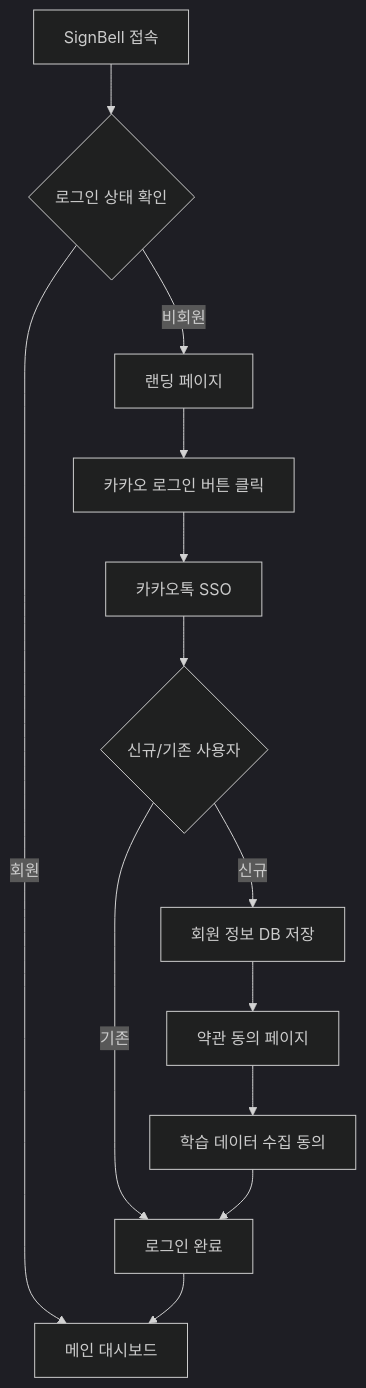
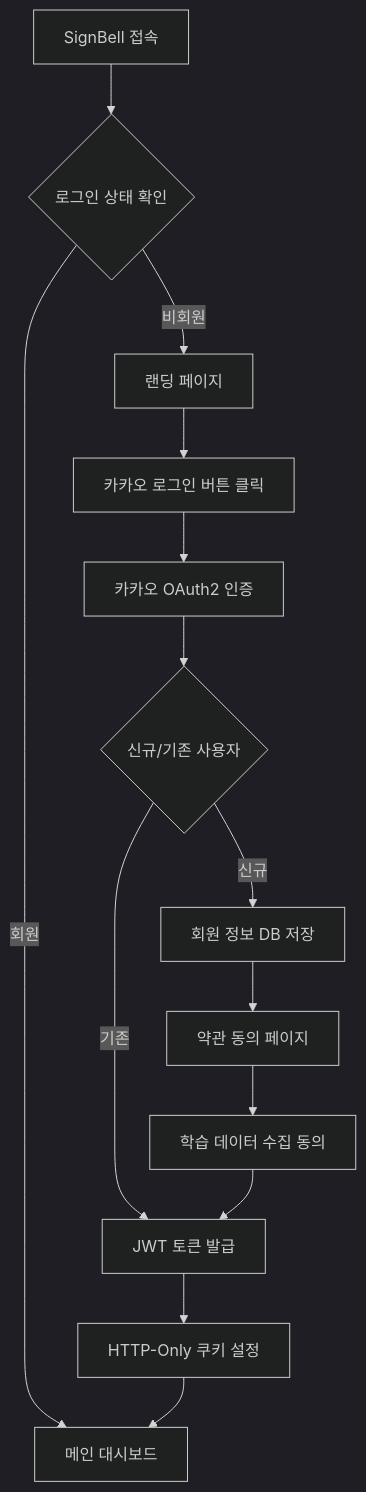
One commit to SynergySign/SignBell-Docs changed the first of 4 diagrams in 01_Planning/SignBell_사용자 흐름도 명세서.md. Above: the diagram before and after it, drawn with Mermaid (dark theme). The commit also changed other lines of this file and 5 other files, not shown here.

````diff
--- a/01_Planning/SignBell_사용자 흐름도 명세서.md
+++ b/01_Planning/SignBell_사용자 흐름도 명세서.md
@@ -116,15 +116,16 @@
 ```mermaid
 flowchart TD
     A[SignBell 접속] --> B{로그인 상태 확인}
     B -->|비회원| C[랜딩 페이지]
     B -->|회원| D[메인 대시보드]
     C --> E[카카오 로그인 버튼 클릭]
-    E --> F[카카오톡 SSO]
+    E --> F[카카오 OAuth2 인증]
     F --> G{신규/기존 사용자}
     G -->|신규| H[회원 정보 DB 저장]
-    G -->|기존| I[로그인 완료]
+    G -->|기존| I[JWT 토큰 발급]
     H --> J[약관 동의 페이지]
     J --> K[학습 데이터 수집 동의]
     K --> I
-    I --> D
+    I --> L[HTTP-Only 쿠키 설정]
+    L --> D
 ```
````
